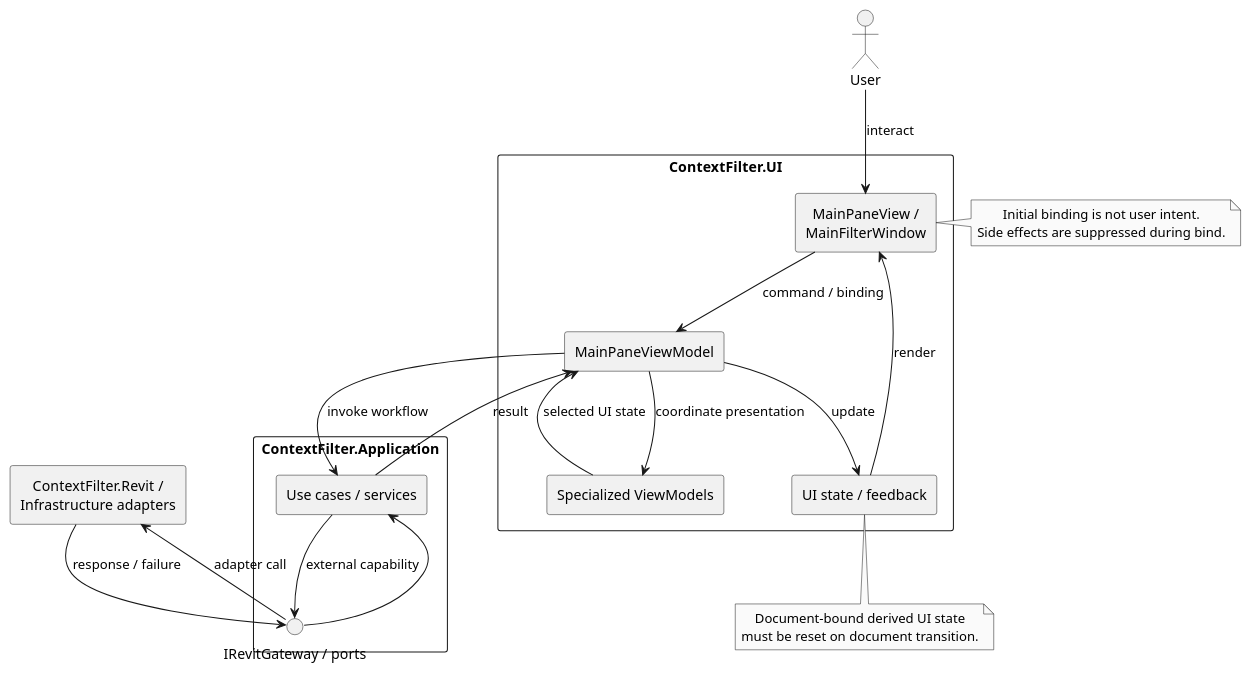
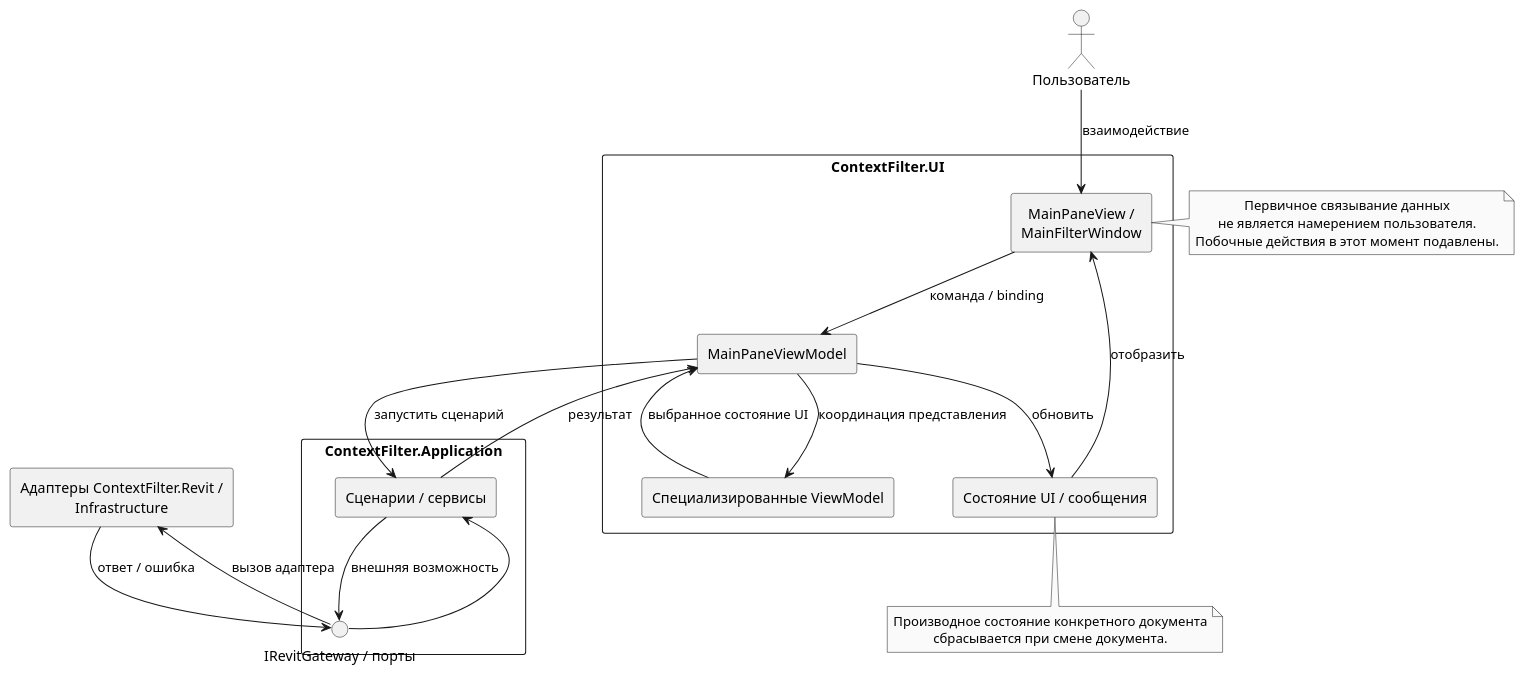
The diagram in ui/diagrams/ui-flow.puml (branch-danya-dev/revit-context-filter-analisys), drawn with PlantUML before and after one commit. The commit also changed 12 other files, not shown here.

```diff
--- a/ui/diagrams/ui-flow.puml
+++ b/ui/diagrams/ui-flow.puml
@@ -1,41 +1,42 @@
 @startuml
 skinparam monochrome true
 skinparam shadowing false
 skinparam defaultTextAlignment center
 
-actor User
+actor "Пользователь" as User
 rectangle "ContextFilter.UI" {
   rectangle "MainPaneView /\nMainFilterWindow" as View
   rectangle "MainPaneViewModel" as MainVM
-  rectangle "Specialized ViewModels" as VMs
-  rectangle "UI state / feedback" as State
+  rectangle "Специализированные ViewModel" as VMs
+  rectangle "Состояние UI / сообщения" as State
 }
 rectangle "ContextFilter.Application" {
-  rectangle "Use cases / services" as App
-  interface "IRevitGateway / ports" as Ports
+  rectangle "Сценарии / сервисы" as App
+  interface "IRevitGateway / порты" as Ports
 }
-rectangle "ContextFilter.Revit /\nInfrastructure adapters" as Adapters
+rectangle "Адаптеры ContextFilter.Revit /\nInfrastructure" as Adapters
 
-User --> View : interact
-View --> MainVM : command / binding
-MainVM --> VMs : coordinate presentation
-VMs --> MainVM : selected UI state
-MainVM --> App : invoke workflow
-App --> Ports : external capability
-Ports --> Adapters : adapter call
-Adapters --> Ports : response / failure
+User --> View : взаимодействие
+View --> MainVM : команда / binding
+MainVM --> VMs : координация представления
+VMs --> MainVM : выбранное состояние UI
+MainVM --> App : запустить сценарий
+App --> Ports : внешняя возможность
+Ports --> Adapters : вызов адаптера
+Adapters --> Ports : ответ / ошибка
 Ports --> App
-App --> MainVM : result
-MainVM --> State : update
-State --> View : render
+App --> MainVM : результат
+MainVM --> State : обновить
+State --> View : отобразить
 
 note right of View
-Initial binding is not user intent.
-Side effects are suppressed during bind.
+Первичное связывание данных
+не является намерением пользователя.
+Побочные действия в этот момент подавлены.
 end note
 
 note bottom of State
-Document-bound derived UI state
-must be reset on document transition.
+Производное состояние конкретного документа
+сбрасывается при смене документа.
 end note
 @enduml
```
